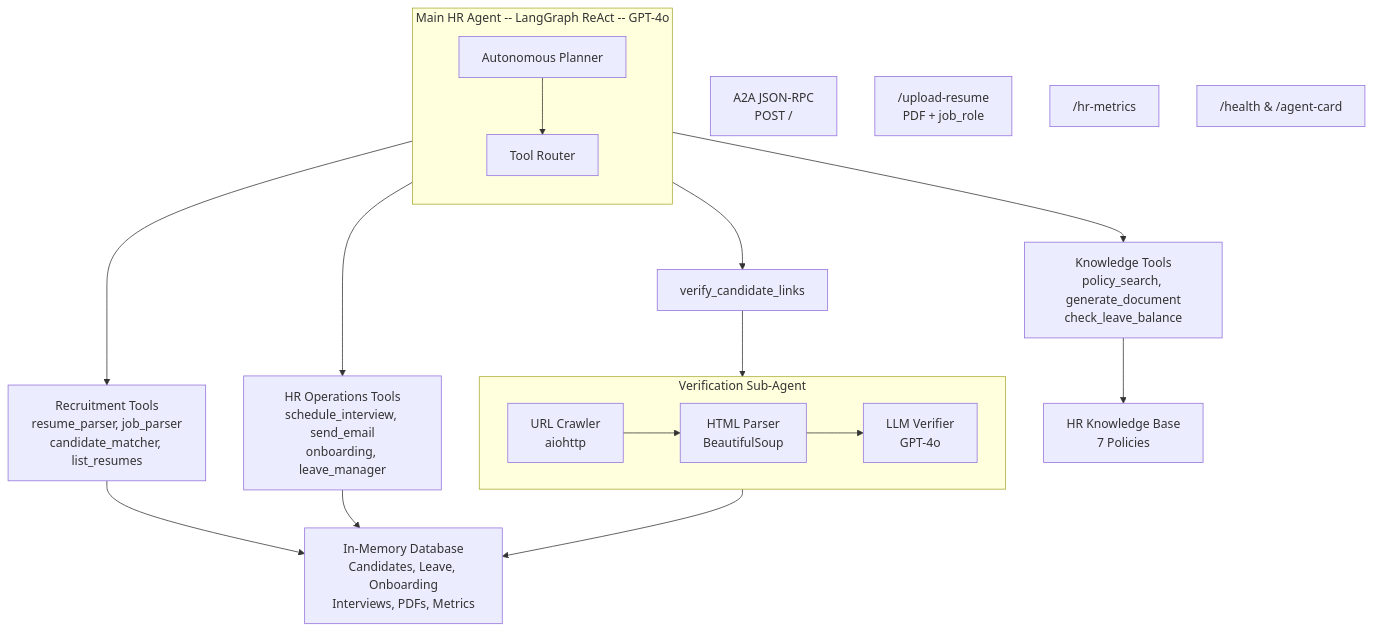
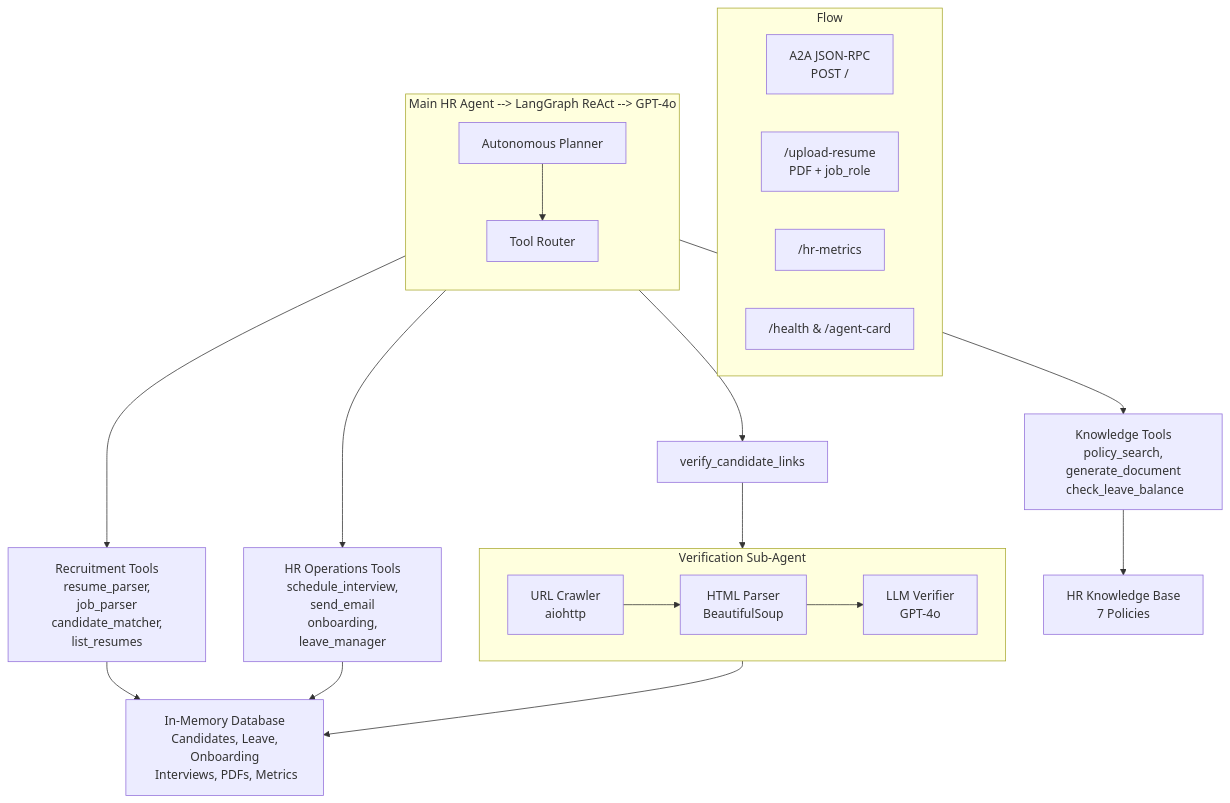
One commit to cyberaionics/Morris-AI changed the first of 2 diagrams in README.md. Above: the diagram before and after it, drawn with Mermaid.

Commit message:
Update 1

````diff
--- a/README.md
+++ b/README.md
@@ -88,29 +88,31 @@
 ```mermaid
 graph TB
+    subgraph Flow["Flow"]
     A2A["A2A JSON-RPC\nPOST /"] 
     Upload["/upload-resume\nPDF + job_role"]
     Metrics["/hr-metrics"]
     Health["/health & /agent-card"]
+    end
 
-    subgraph Agent["Main HR Agent -- LangGraph ReAct -- GPT-4o"]
+    subgraph Agent["Main HR Agent --> LangGraph ReAct --> GPT-4o"]
         direction TB
         Planner["Autonomous Planner"] --> ToolRouter["Tool Router"]
     end
 
-    ToolRouter --> Recruitment["Recruitment Tools\nresume_parser, job_parser\ncandidate_matcher, list_resumes"]
-    ToolRouter --> HRops["HR Operations Tools\nschedule_interview, send_email\nonboarding, leave_manager"]
-    ToolRouter --> KBTools["Knowledge Tools\npolicy_search, generate_document\ncheck_leave_balance"]
+    ToolRouter --> Recruitment["Recruitment Tools\n resume_parser, job_parser\n candidate_matcher, list_resumes"]
+    ToolRouter --> HRops["HR Operations Tools\n schedule_interview, send_email\n onboarding, leave_manager"]
+    ToolRouter --> KBTools["Knowledge Tools\n policy_search, generate_document\n check_leave_balance"]
     ToolRouter --> VerifyTool["verify_candidate_links"]
 
     VerifyTool --> VerifAgent
 
     subgraph VerifAgent["Verification Sub-Agent"]
         direction LR
-        Crawler["URL Crawler\naiohttp"] --> HtmlParser["HTML Parser\nBeautifulSoup"] --> LLMVerify["LLM Verifier\nGPT-4o"]
+        Crawler["URL Crawler\n aiohttp"] --> HtmlParser["HTML Parser\n BeautifulSoup"] --> LLMVerify["LLM Verifier\n GPT-4o"]
     end
 
-    Recruitment --> DB["In-Memory Database\nCandidates, Leave, Onboarding\nInterviews, PDFs, Metrics"]
+    Recruitment --> DB["In-Memory Database\n Candidates, Leave, Onboarding\n Interviews, PDFs, Metrics"]
     HRops --> DB
     LLMVerify --> DB
-    KBTools --> KB["HR Knowledge Base\n7 Policies"]
+    KBTools --> KB["HR Knowledge Base\n 7 Policies"]
 ```
````
